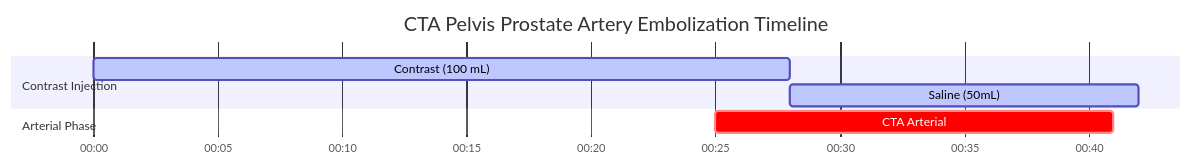
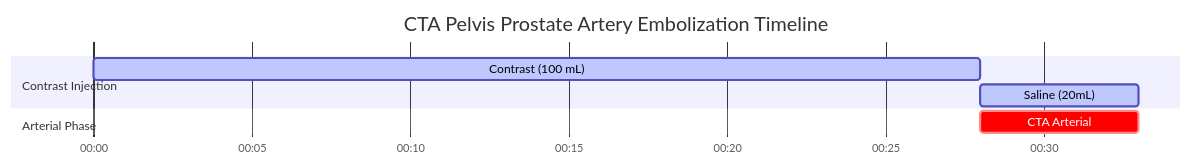
Before and after one commit to dfergs93/radiology-protocols: the diagram in docs/ct/vascular/cta-pelvis-prostate-artery-embolization.md, drawn with Mermaid. The commit also changed other lines of this file and 113 other files, not shown here.

````diff
--- a/docs/ct/vascular/cta-pelvis-prostate-artery-embolization.md
+++ b/docs/ct/vascular/cta-pelvis-prostate-artery-embolization.md
@@ -81,16 +82,16 @@
   ```mermaid
   ---
   config:
     theme: default
   ---
     gantt
       title CTA Pelvis Prostate Artery Embolization Timeline
       dateFormat mm:ss
       axisFormat %M:%S 
       
       section Contrast Injection
       Contrast (100 mL)    :active, contrast, 00:00, 28s
-      Saline (50mL)          :active, saline, after contrast, 14s
+      Saline (20mL)          :active, saline, after contrast, 5s
       section Arterial Phase
-      CTA Arterial    :crit, scan1, 00:25, 16s
+      CTA Arterial    :crit, scan1, after contrast, 5s
   ```
````
